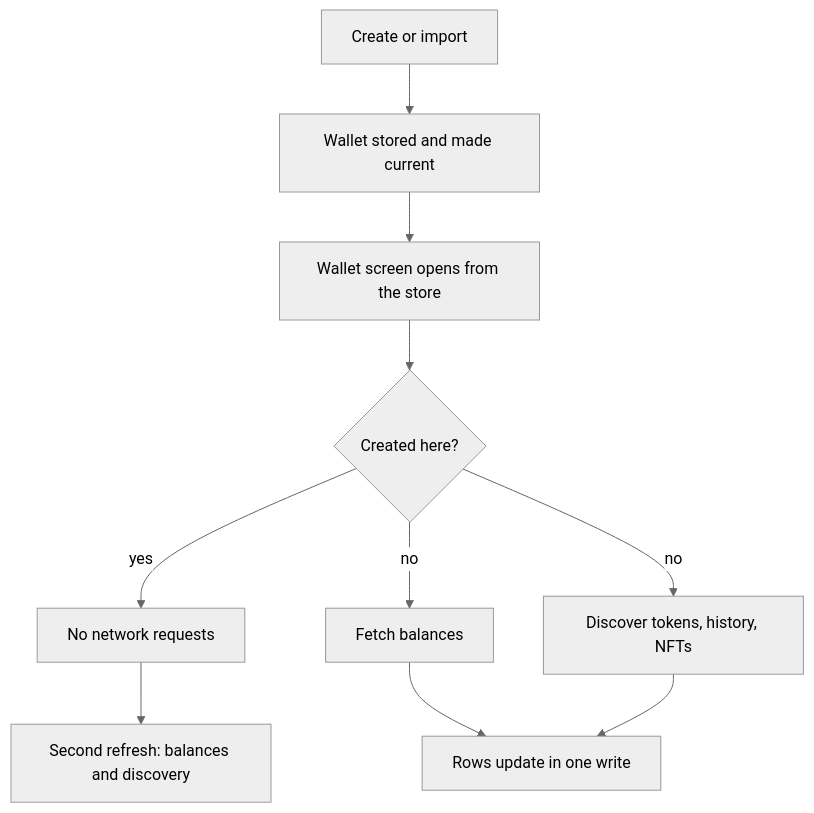
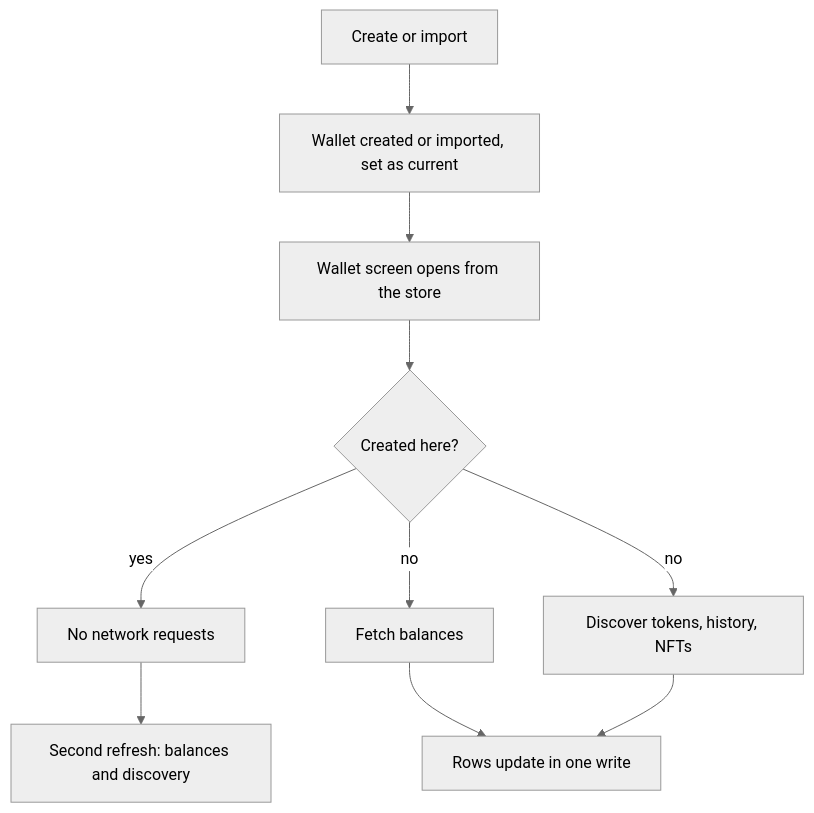
The third of 4 diagrams in docs/PRODUCT.md (gemwalletcom/wallet), drawn with Mermaid (neutral theme) before and after one commit. The commit also changed other lines of this file, not shown here.

Commit message:
Name the create and import steps as the product does

````diff
--- a/docs/PRODUCT.md
+++ b/docs/PRODUCT.md
@@ -138,12 +138,12 @@
 ```mermaid
 flowchart TD
-    A[Create or import] --> B[Wallet stored and made current]
+    A[Create or import] --> B[Wallet created or imported, set as current]
     B --> C[Wallet screen opens from the store]
     C --> D{Created here?}
     D -- yes --> E[No network requests]
     E --> F[Second refresh: balances and discovery]
     D -- no --> G[Fetch balances]
     D -- no --> H[Discover tokens, history, NFTs]
     G --> I[Rows update in one write]
     H --> I
 ```
````
